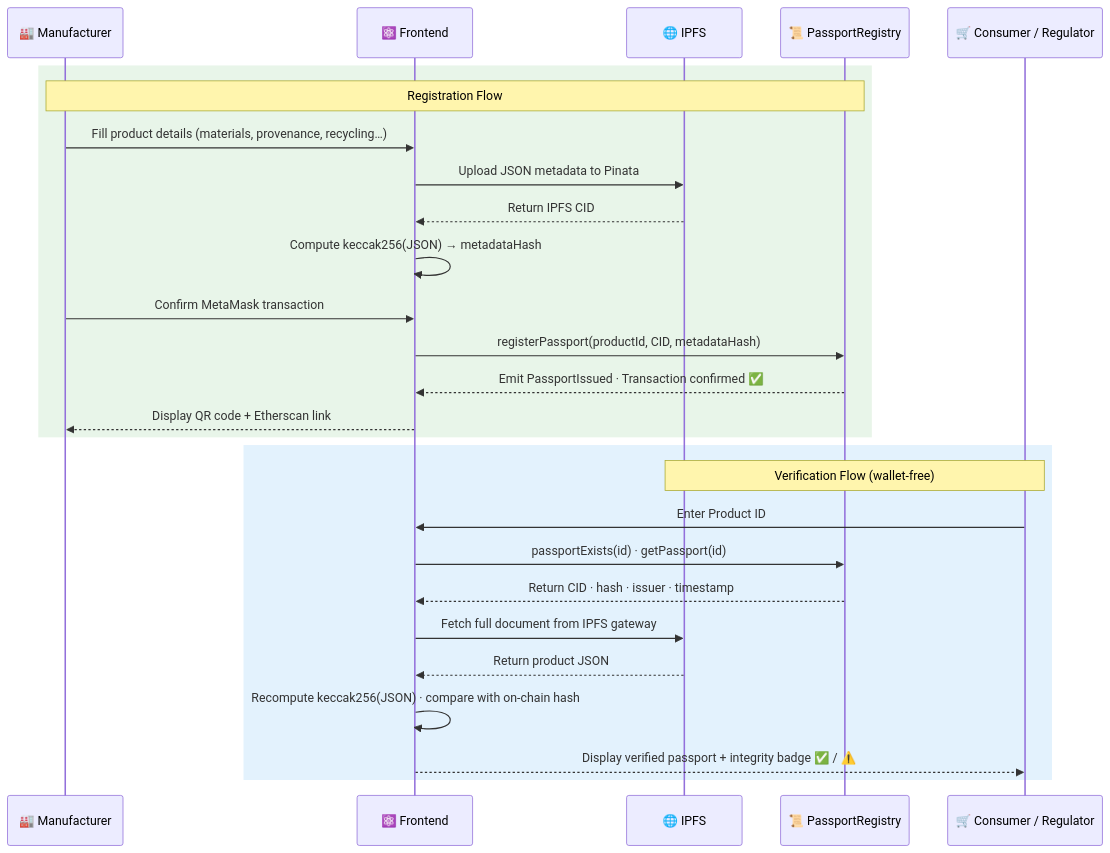
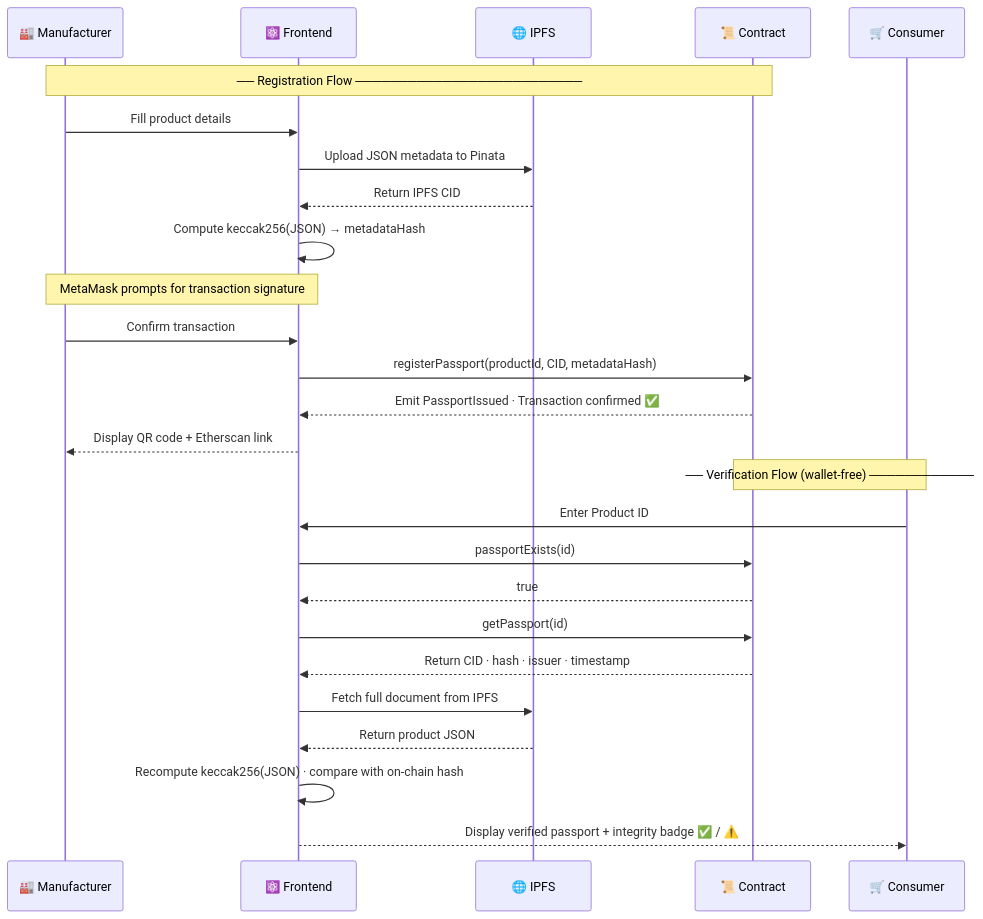
Before and after one commit to DeTaiDong/FTGP2425_Group1_11: the second of 2 diagrams in README.md, drawn with Mermaid.

Commit message:
Improve system architecture and data flow diagrams in README

````diff
--- a/README.md
+++ b/README.md
@@ -112,31 +112,32 @@
 ```mermaid
 sequenceDiagram
     participant M as 🏭 Manufacturer
     participant F as ⚛️ Frontend
     participant I as 🌐 IPFS
-    participant C as 📜 PassportRegistry
-    participant U as 🛒 Consumer / Regulator
+    participant C as 📜 Contract
+    participant U as 🛒 Consumer
 
-    rect rgb(232, 245, 233)
-        Note over M,C: Registration Flow
-        M->>F: Fill product details (materials, provenance, recycling…)
-        F->>I: Upload JSON metadata to Pinata
-        I-->>F: Return IPFS CID
-        F->>F: Compute keccak256(JSON) → metadataHash
-        M->>F: Confirm MetaMask transaction
-        F->>C: registerPassport(productId, CID, metadataHash)
-        C-->>F: Emit PassportIssued · Transaction confirmed ✅
-        F-->>M: Display QR code + Etherscan link
-    end
+    Note over M,C: ── Registration Flow ──────────────────────────
 
-    rect rgb(227, 242, 253)
-        Note over U,I: Verification Flow (wallet-free)
-        U->>F: Enter Product ID
-        F->>C: passportExists(id) · getPassport(id)
-        C-->>F: Return CID · hash · issuer · timestamp
-        F->>I: Fetch full document from IPFS gateway
-        I-->>F: Return product JSON
-        F->>F: Recompute keccak256(JSON) · compare with on-chain hash
-        F-->>U: Display verified passport + integrity badge ✅ / ⚠️
-    end
+    M->>F: Fill product details
+    F->>I: Upload JSON metadata to Pinata
+    I-->>F: Return IPFS CID
+    F->>F: Compute keccak256(JSON) → metadataHash
+    Note over M,F: MetaMask prompts for transaction signature
+    M->>F: Confirm transaction
+    F->>C: registerPassport(productId, CID, metadataHash)
+    C-->>F: Emit PassportIssued · Transaction confirmed ✅
+    F-->>M: Display QR code + Etherscan link
+
+    Note over U,C: ── Verification Flow (wallet-free) ────────────
+
+    U->>F: Enter Product ID
+    F->>C: passportExists(id)
+    C-->>F: true
+    F->>C: getPassport(id)
+    C-->>F: Return CID · hash · issuer · timestamp
+    F->>I: Fetch full document from IPFS
+    I-->>F: Return product JSON
+    F->>F: Recompute keccak256(JSON) · compare with on-chain hash
+    F-->>U: Display verified passport + integrity badge ✅ / ⚠️
 ```
````
